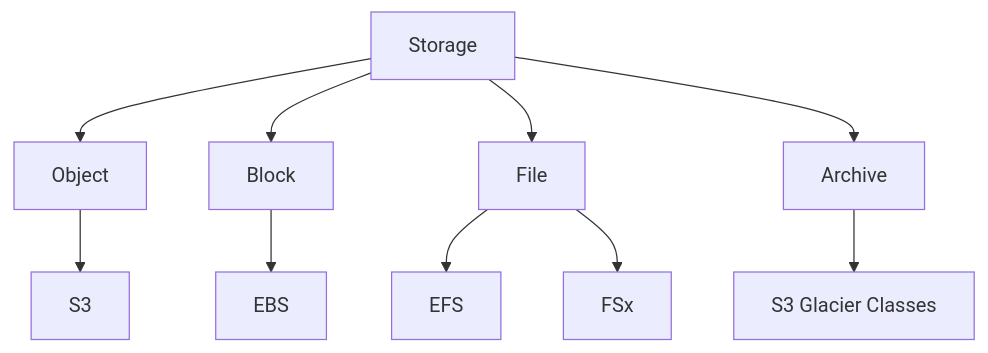
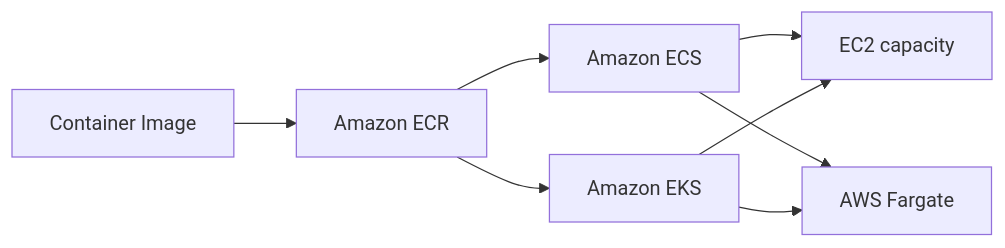
Before and after one commit to noir1458/noir1458.github.io: the third of 5 diagrams in content/posts/02.Security/aws/aws-ccp-3/index.md, drawn with Mermaid. The commit also changed other lines of this file and 4 other files, not shown here.

````diff
--- a/content/posts/02.Security/aws/aws-ccp-3/index.md
+++ b/content/posts/02.Security/aws/aws-ccp-3/index.md
@@ -319,13 +180,10 @@
 ```mermaid
-flowchart TD
-    S[Storage]
-    S --> OBJ[Object]
-    OBJ --> S3[S3]
-    S --> BLOCK[Block]
-    BLOCK --> EBS[EBS]
-    S --> FILE[File]
-    FILE --> EFS[EFS]
-    FILE --> FSX[FSx]
-    S --> ARCH[Archive]
-    ARCH --> G[S3 Glacier Classes]
+flowchart LR
+    I[Container Image] --> ECR[Amazon ECR]
+    ECR --> ECS[Amazon ECS]
+    ECR --> EKS[Amazon EKS]
+    ECS --> EC2[EC2 capacity]
+    ECS --> F[AWS Fargate]
+    EKS --> EC2
+    EKS --> F
 ```
````
